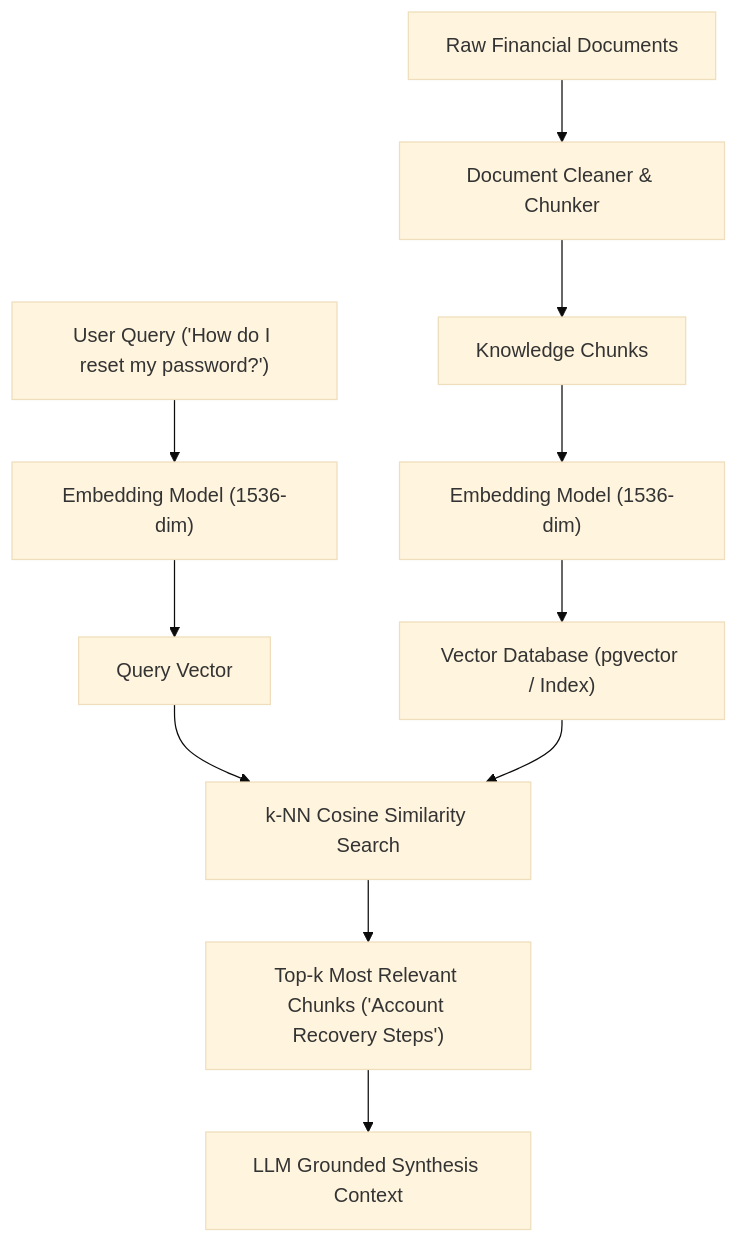
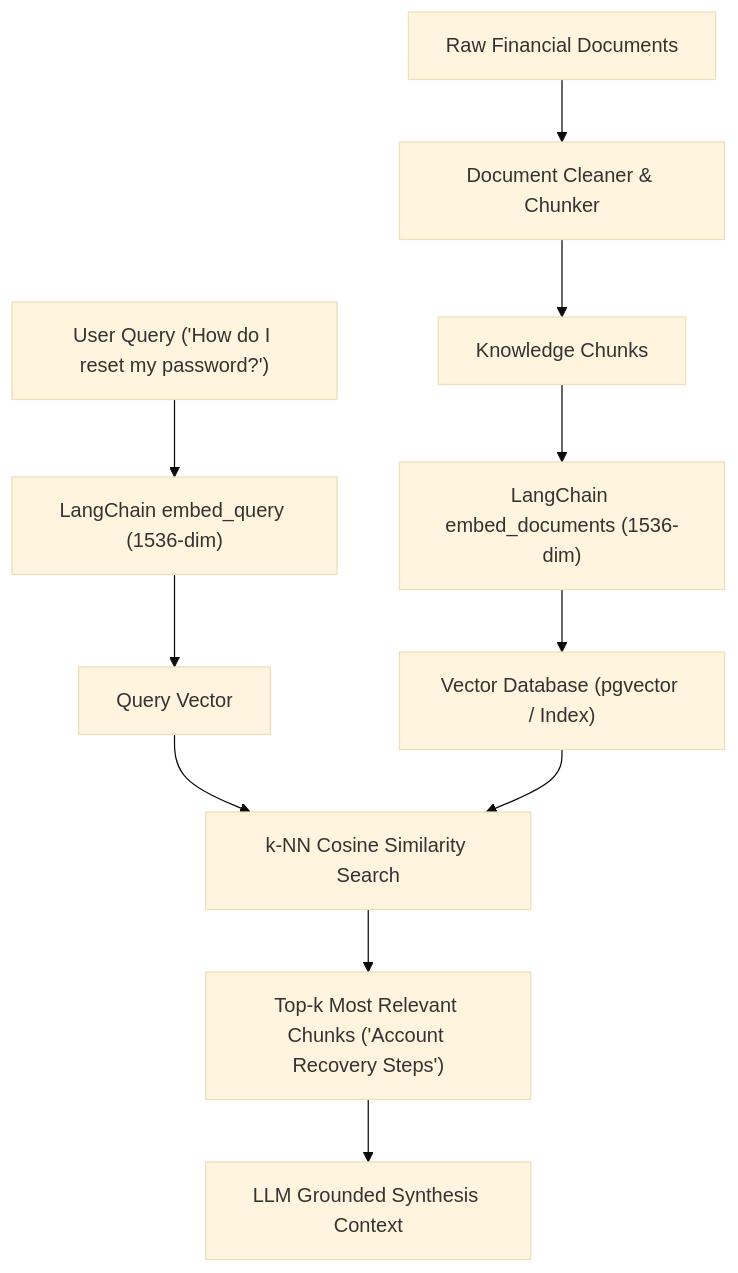
The diagram in docs/embeddings_fundamentals.md (kalviumcommunity/kishore_finee.ai_Kalvium-community), drawn with Mermaid (base theme) before and after one commit. The commit also changed other lines of this file and 9 other files, not shown here.

````diff
--- a/docs/embeddings_fundamentals.md
+++ b/docs/embeddings_fundamentals.md
@@ -80,14 +104,14 @@
 ```mermaid
 flowchart TD
     A["Raw Financial Documents"] --> B["Document Cleaner & Chunker"]
     B --> C["Knowledge Chunks"]
-    C --> D["Embedding Model (1536-dim)"]
+    C --> D["LangChain embed_documents (1536-dim)"]
     D --> E["Vector Database (pgvector / Index)"]
 
-    F["User Query ('How do I reset my password?')"] --> G["Embedding Model (1536-dim)"]
+    F["User Query ('How do I reset my password?')"] --> G["LangChain embed_query (1536-dim)"]
     G --> H["Query Vector"]
     H --> I["k-NN Cosine Similarity Search"]
     E --> I
     I --> J["Top-k Most Relevant Chunks ('Account Recovery Steps')"]
     J --> K["LLM Grounded Synthesis Context"]
 ```
````
